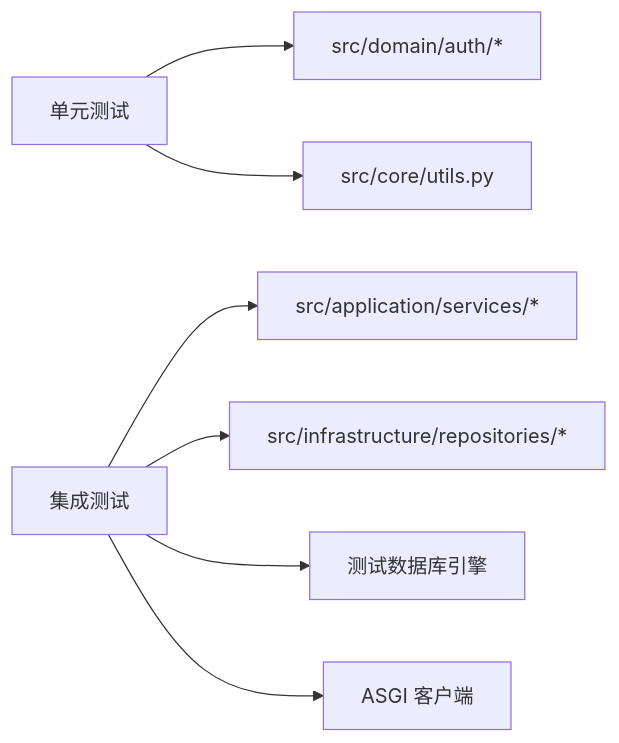
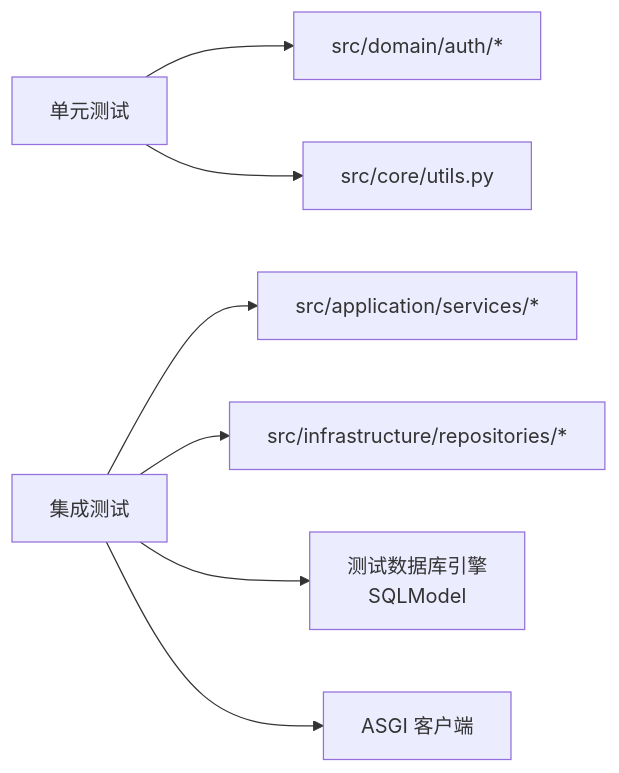
The sixth of 6 diagrams in .qoder/repowiki/zh/content/测试策略/测试策略.md (taoweidong/Hello-FastApi), drawn with Mermaid before and after one commit. The commit also changed other lines of this file and 11 other files, not shown here.

````diff
--- a/.qoder/repowiki/zh/content/测试策略/测试策略.md
+++ b/.qoder/repowiki/zh/content/测试策略/测试策略.md
@@ -291,9 +300,9 @@
 ```mermaid
 graph LR
 UT["单元测试"] --> DS["src/domain/auth/*"]
 UT --> CU["src/core/utils.py"]
 IT["集成测试"] --> AS["src/application/services/*"]
 IT --> IR["src/infrastructure/repositories/*"]
-IT --> DB["测试数据库引擎"]
+IT --> DB["测试数据库引擎<br/>SQLModel"]
 IT --> AC["ASGI 客户端"]
 ```
````
